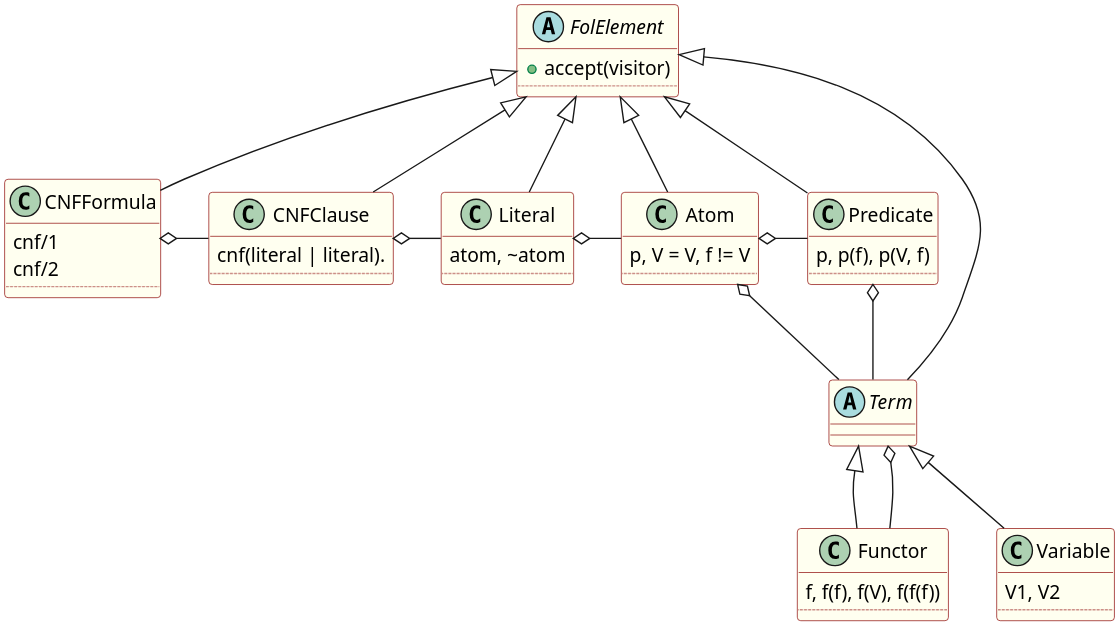
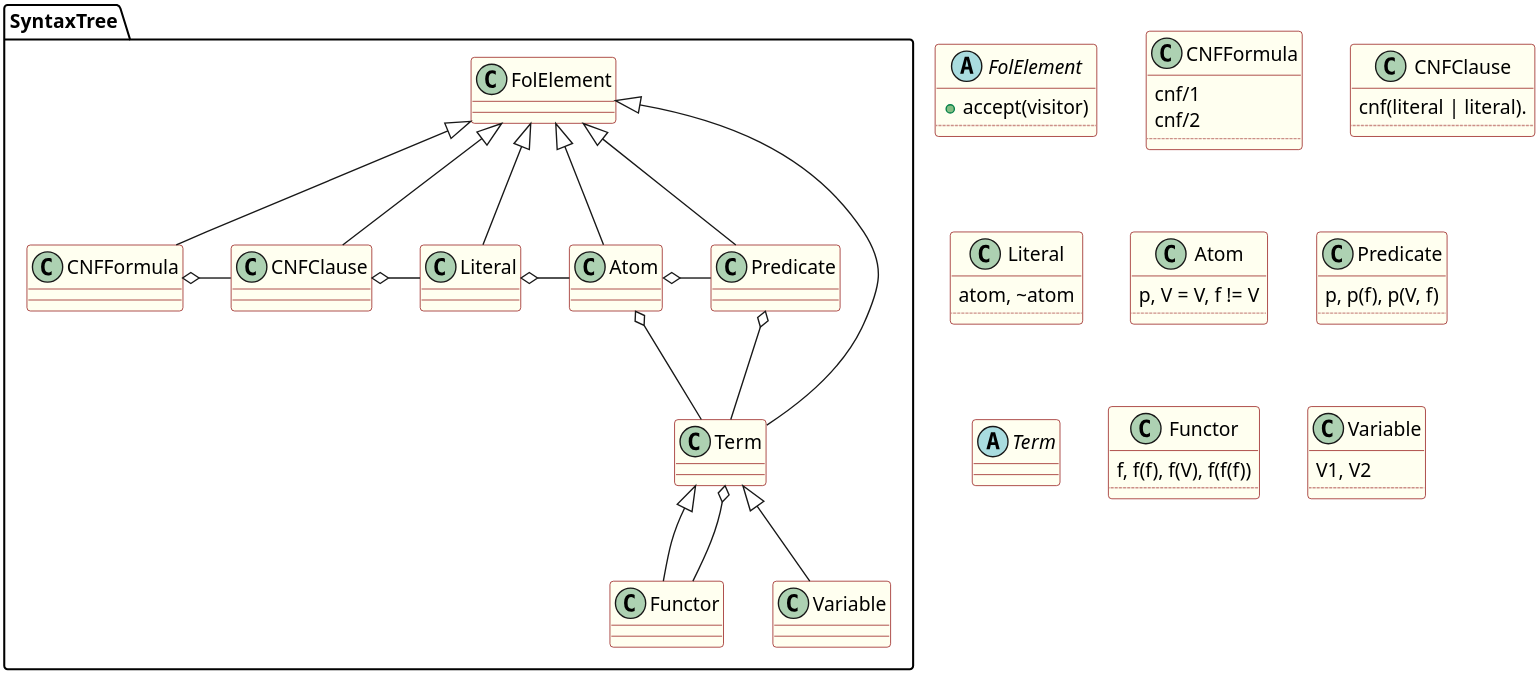
One commit to Mateusz-Grzelinski/set-research-documentation changed the diagram in logic-formula-generator/fol/cnf_fol_elements.puml. Above: the diagram before and after it, drawn with PlantUML. The commit also changed 20 other files, not shown here.

```diff
--- a/logic-formula-generator/fol/cnf_fol_elements.puml
+++ b/logic-formula-generator/fol/cnf_fol_elements.puml
@@ -1,72 +1,72 @@
 @startuml
 skinparam dpi 300
 
 skinparam class {
   backgroundColor Ivory
   borderColor DarkRed
 }
 
-
-/' AstElement <|-- FolElement '/
-FolElement <|-- CNFFormula
-FolElement <|-- CNFClause
-FolElement <|-- Literal
-FolElement <|-- Atom
-FolElement <|-- Predicate
-FolElement <|-- Term
-Term <|-- Functor
-Term o-- Functor
-Term <|-- Variable
-
+package SyntaxTree {
+  /' AstElement <|-- FolElement '/
+  FolElement <|-- CNFFormula
+  FolElement <|-- CNFClause
+  FolElement <|-- Literal
+  FolElement <|-- Atom
+  FolElement <|-- Predicate
+  FolElement <|-- Term
+  Term <|-- Functor
+  Term o-- Functor
+  Term <|-- Variable
+}
 
 CNFFormula o- CNFClause
 CNFClause o- Literal
 Literal o- Atom
 Atom o- Predicate
 Atom o- Term
 Predicate o-- Term
 
 abstract class FolElement {
   + accept(visitor)
   ..
 }
 
 class CNFFormula {
 	cnf/1
 	cnf/2
 	..
 }
 
 class CNFClause {
 	cnf(literal | literal).
 	..
 }
 
 class Literal {
 	atom, ~atom
 	..
 }
 
 class Atom {
 	p, V = V, f != V
 	..
 }
 
 class Predicate {
 	p, p(f), p(V, f)
 	..
 }
 
 abstract class Term {
 }
 
 class Functor {
 	f, f(f), f(V), f(f(f))
 	..
 }
 
 class Variable {
 	V1, V2
 	..
 }
 @enduml
```
